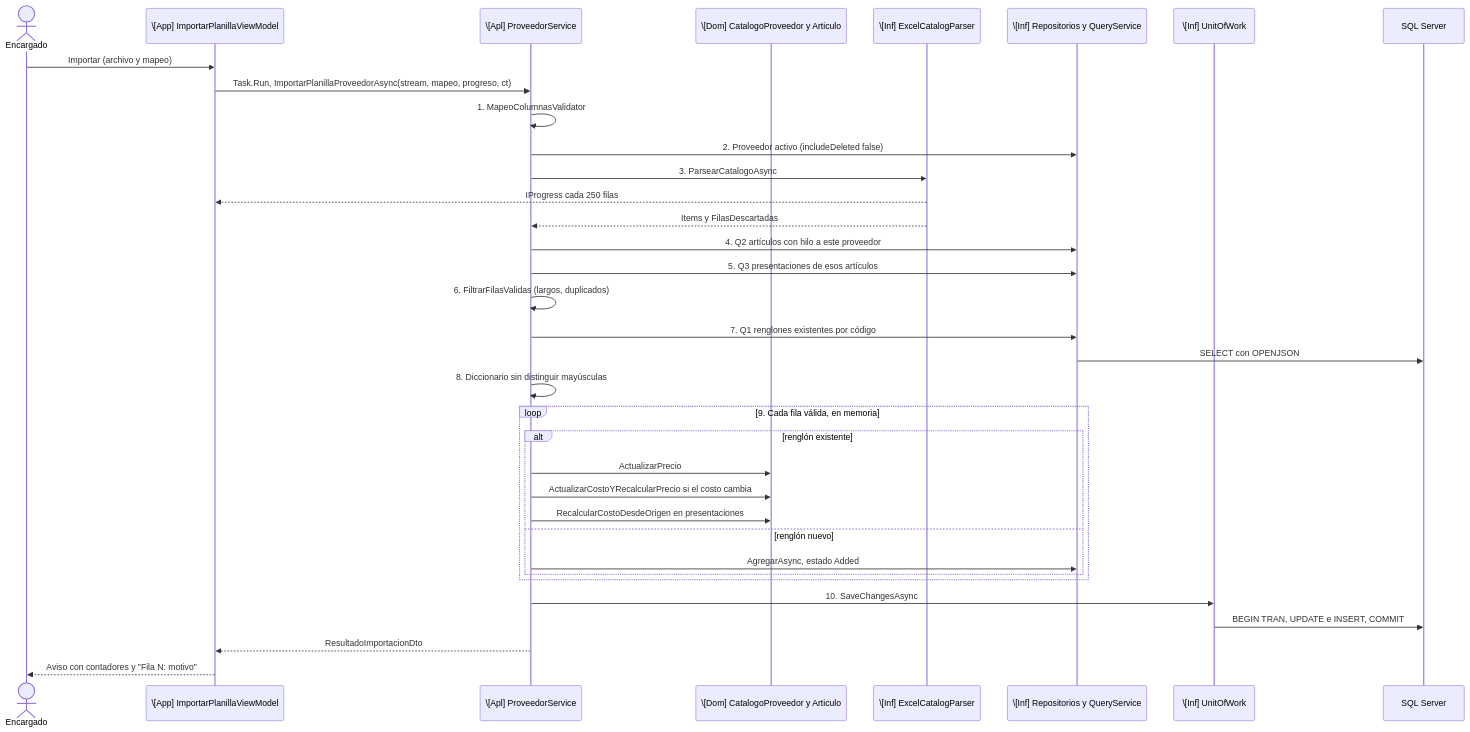
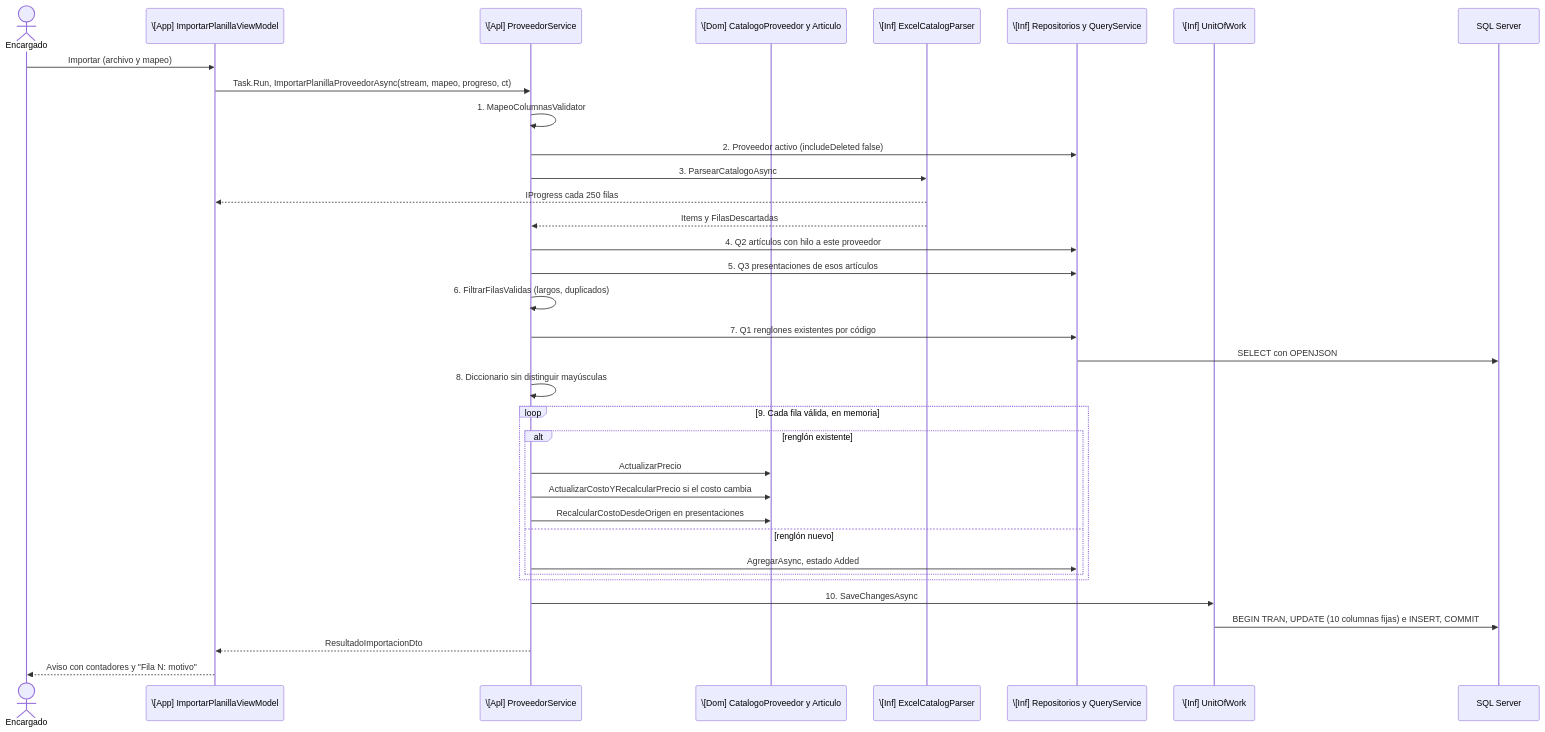
One commit to lucaskruzolek/retail changed the eighth of 18 diagrams in wiki/03-patrones-de-diseno/importador de catalogo.md. Above: the diagram before and after it, drawn with Mermaid. The commit also changed other lines of this file and 1 other file, not shown here.

First line of the commit message:
docs(importador): rendimiento con 30.000 filas y conjunto fijo de columnas (M-82 a M-84)

````diff
--- a/wiki/03-patrones-de-diseno/importador de catalogo.md
+++ b/wiki/03-patrones-de-diseno/importador de catalogo.md
@@ -225,37 +225,37 @@
 ```mermaid
 sequenceDiagram
     actor U as Encargado
     participant VM as \[App] ImportarPlanillaViewModel
     participant PS as \[Apl] ProveedorService
     participant D as \[Dom] CatalogoProveedor y Articulo
     participant P as \[Inf] ExcelCatalogParser
     participant R as \[Inf] Repositorios y QueryService
     participant UoW as \[Inf] UnitOfWork
     participant DB as SQL Server
     U->>VM: Importar (archivo y mapeo)
     VM->>PS: Task.Run, ImportarPlanillaProveedorAsync(stream, mapeo, progreso, ct)
     PS->>PS: 1. MapeoColumnasValidator
     PS->>R: 2. Proveedor activo (includeDeleted false)
     PS->>P: 3. ParsearCatalogoAsync
     P-->>VM: IProgress cada 250 filas
     P-->>PS: Items y FilasDescartadas
     PS->>R: 4. Q2 artículos con hilo a este proveedor
     PS->>R: 5. Q3 presentaciones de esos artículos
     PS->>PS: 6. FiltrarFilasValidas (largos, duplicados)
     PS->>R: 7. Q1 renglones existentes por código
     R->>DB: SELECT con OPENJSON
     PS->>PS: 8. Diccionario sin distinguir mayúsculas
     loop 9. Cada fila válida, en memoria
         alt renglón existente
             PS->>D: ActualizarPrecio
             PS->>D: ActualizarCostoYRecalcularPrecio si el costo cambia
             PS->>D: RecalcularCostoDesdeOrigen en presentaciones
         else renglón nuevo
             PS->>R: AgregarAsync, estado Added
         end
     end
     PS->>UoW: 10. SaveChangesAsync
-    UoW->>DB: BEGIN TRAN, UPDATE e INSERT, COMMIT
+    UoW->>DB: BEGIN TRAN, UPDATE (10 columnas fijas) e INSERT, COMMIT
     PS-->>VM: ResultadoImportacionDto
     VM-->>U: Aviso con contadores y "Fila N: motivo"
 ```
````
